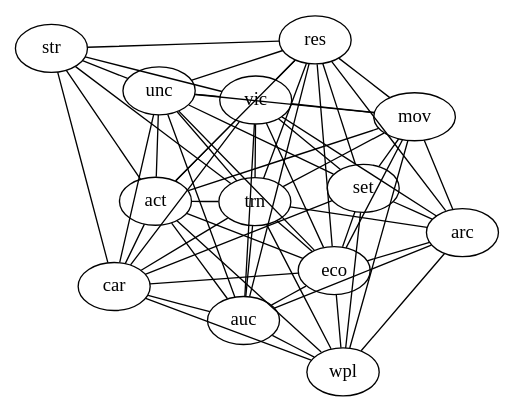
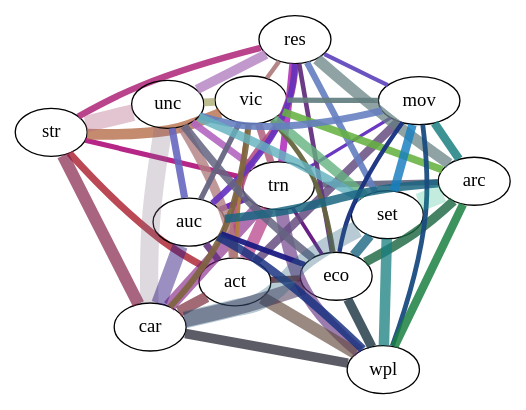
The diagram in chapg.dot (mnagaku/digraj202103), drawn with Graphviz before and after one commit. The commit also changed 5 other files, not shown here.

```diff
--- a/chapg.dot
+++ b/chapg.dot
@@ -1,63 +1,185 @@
 strict graph "" {
-	graph [layout=fdp];
-	str -- trn	[weight=1];
-	str -- act	[weight=2];
-	str -- res	[weight=2];
-	str -- vic	[weight=5];
-	str -- unc	[weight=7];
-	str -- car	[weight=2];
-	trn -- act	[weight=10];
-	trn -- res	[weight=4];
-	trn -- vic	[weight=4];
-	trn -- unc	[weight=2];
-	trn -- eco	[weight=1];
-	trn -- auc	[weight=2];
-	trn -- wpl	[weight=5];
-	trn -- mov	[weight=1];
-	trn -- arc	[weight=1];
-	trn -- car	[weight=4];
-	act -- res	[weight=5];
-	act -- vic	[weight=1];
-	act -- unc	[weight=4];
-	act -- eco	[weight=3];
-	act -- auc	[weight=3];
-	act -- wpl	[weight=5];
-	act -- mov	[weight=7];
-	act -- car	[weight=3];
-	res -- vic	[weight=2];
-	res -- unc	[weight=5];
-	res -- eco	[weight=2];
-	res -- auc	[weight=3];
-	res -- mov	[weight=2];
-	res -- arc	[weight=5];
-	res -- set	[weight=1];
-	vic -- unc	[weight=3];
-	vic -- eco	[weight=2];
-	vic -- auc	[weight=2];
-	vic -- mov	[weight=3];
-	vic -- arc	[weight=2];
-	vic -- set	[weight=2];
-	vic -- car	[weight=1];
-	unc -- eco	[weight=3];
-	unc -- auc	[weight=2];
-	unc -- mov	[weight=3];
-	unc -- set	[weight=1];
-	unc -- car	[weight=5];
-	eco -- auc	[weight=2];
-	eco -- wpl	[weight=3];
-	eco -- mov	[weight=2];
-	eco -- arc	[weight=3];
-	eco -- set	[weight=2];
-	eco -- car	[weight=6];
-	auc -- wpl	[weight=2];
-	auc -- arc	[weight=2];
-	auc -- car	[weight=5];
-	wpl -- mov	[weight=1];
-	wpl -- arc	[weight=1];
-	wpl -- set	[weight=1];
-	wpl -- car	[weight=1];
-	mov -- arc	[weight=3];
-	mov -- set	[weight=2];
-	arc -- set	[weight=3];
-	set -- car	[weight=2];
+	graph [layout=fdp,
+		splines=True
+	];
+	str -- trn	[color="#b21980f0",
+		penwidth=3.8348249442368525,
+		weight=0.0058823529411764705];
+	str -- act	[color="#b23240e3",
+		penwidth=5.270462766947299,
+		weight=0.011111111111111112];
+	str -- res	[color="#b23280e8",
+		penwidth=4.767312946227961,
+		weight=0.00909090909090909];
+	str -- vic	[color="#b26540c0",
+		penwidth=7.905694150420948,
+		weight=0.025];
+	str -- unc	[color="#b265805f",
+		penwidth=12.613124477737825,
+		weight=0.06363636363636363];
+	str -- car	[color="#7f1940ab",
+		penwidth=9.128709291752768,
+		weight=0.03333333333333333];
+	trn -- act	[color="#b23280ad",
+		penwidth=9.03876907577734,
+		weight=0.032679738562091505];
+	trn -- res	[color="#b232c0e4",
+		penwidth=5.1708768999501915,
+		weight=0.0106951871657754];
+	trn -- vic	[color="#b26580e1",
+		penwidth=5.423261445466404,
+		weight=0.011764705882352941];
+	trn -- unc	[color="#b265c0e4",
+		penwidth=5.1708768999501915,
+		weight=0.0106951871657754];
+	trn -- eco	[color="#651980f7",
+		penwidth=2.782074420373286,
+		weight=0.0030959752321981426];
+	trn -- auc	[color="#6519c0ec",
+		penwidth=4.287464628562721,
+		weight=0.007352941176470588];
+	trn -- wpl	[color="#653280a3",
+		penwidth=9.58706236059213,
+		weight=0.03676470588235294];
+	trn -- mov	[color="#6532c0f8",
+		penwidth=2.4753688574416857,
+		weight=0.0024509803921568627];
+	trn -- arc	[color="#656580ec",
+		penwidth=4.287464628562721,
+		weight=0.007352941176470588];
+	trn -- car	[color="#7f19809c",
+		penwidth=9.901475429766743,
+		weight=0.0392156862745098];
+	act -- res	[color="#b24c80df",
+		penwidth=5.618332187193683,
+		weight=0.012626262626262626];
+	act -- vic	[color="#b27f40f8",
+		penwidth=2.6352313834736494,
+		weight=0.002777777777777778];
+	act -- unc	[color="#b27f80cc",
+		penwidth=7.106690545187015,
+		weight=0.020202020202020204];
+	act -- eco	[color="#653240e9",
+		penwidth=4.68292905790847,
+		weight=0.008771929824561403];
+	act -- auc	[color="#653280e4",
+		penwidth=5.103103630798287,
+		weight=0.010416666666666666];
+	act -- wpl	[color="#654c40a8",
+		penwidth=9.316949906249123,
+		weight=0.034722222222222224];
+	act -- mov	[color="#654c80d6",
+		penwidth=6.364688465216445,
+		weight=0.016203703703703703];
+	act -- car	[color="#7f3240b9",
+		penwidth=8.333333333333332,
+		weight=0.027777777777777776];
+	res -- vic	[color="#b27f80f3",
+		penwidth=3.3709993123162105,
+		weight=0.004545454545454545];
+	res -- unc	[color="#b27fc0cb",
+		penwidth=7.1869946822008615,
+		weight=0.02066115702479339];
+	res -- eco	[color="#653280f3",
+		penwidth=3.4585723193303735,
+		weight=0.004784688995215311];
+	res -- auc	[color="#6532c0e9",
+		penwidth=4.615930911724978,
+		weight=0.008522727272727272];
+	res -- mov	[color="#654cc0f5",
+		penwidth=3.0772872744833184,
+		weight=0.003787878787878788];
+	res -- arc	[color="#657f80b7",
+		penwidth=8.427498280790525,
+		weight=0.028409090909090908];
+	res -- set	[color="#657fc0e8",
+		penwidth=4.767312946227961,
+		weight=0.00909090909090909];
+	vic -- unc	[color="#b2b280dc",
+		penwidth=5.8387420812114215,
+		weight=0.013636363636363636];
+	vic -- eco	[color="#656540f1",
+		penwidth=3.6273812505500582,
+		weight=0.005263157894736842];
+	vic -- auc	[color="#656580ef",
+		penwidth=3.952847075210474,
+		weight=0.00625];
+	vic -- mov	[color="#657f80ef",
+		penwidth=3.952847075210474,
+		weight=0.00625];
+	vic -- arc	[color="#65b240df",
+		penwidth=5.5901699437494745,
+		weight=0.0125];
+	vic -- set	[color="#65b280cd",
+		penwidth=7.0710678118654755,
+		weight=0.02];
+	vic -- car	[color="#7f6540ea",
+		penwidth=4.564354645876384,
+		weight=0.008333333333333333];
+	unc -- eco	[color="#656580db",
+		penwidth=5.990422978731538,
+		weight=0.014354066985645933];
+	unc -- auc	[color="#6565c0e2",
+		penwidth=5.330017908890261,
+		weight=0.011363636363636364];
+	unc -- mov	[color="#657fc0e2",
+		penwidth=5.330017908890261,
+		weight=0.011363636363636364];
+	unc -- set	[color="#65b2c0d1",
+		penwidth=6.741998624632421,
+		weight=0.01818181818181818];
+	unc -- car	[color="#7f658041",
+		penwidth=13.762047064079507,
+		weight=0.07575757575757576];
+	eco -- auc	[color="#191980ee",
+		penwidth=4.055535528269064,
+		weight=0.006578947368421052];
+	eco -- wpl	[color="#193240cd",
+		penwidth=7.024393586862704,
+		weight=0.019736842105263157];
+	eco -- mov	[color="#193280f4",
+		penwidth=3.3113308926626095,
+		weight=0.0043859649122807015];
+	eco -- arc	[color="#196540cd",
+		penwidth=7.024393586862704,
+		weight=0.019736842105263157];
+	eco -- set	[color="#196580ca",
+		penwidth=7.2547625011001164,
+		weight=0.021052631578947368];
+	eco -- car	[color="#3219407b",
+		penwidth=11.470786693528089,
+		weight=0.05263157894736842];
+	auc -- wpl	[color="#193280d7",
+		penwidth=6.25,
+		weight=0.015625];
+	auc -- arc	[color="#196580d7",
+		penwidth=6.25,
+		weight=0.015625];
+	auc -- car	[color="#3219807c",
+		penwidth=11.41088661469096,
+		weight=0.052083333333333336];
+	wpl -- mov	[color="#194c80f1",
+		penwidth=3.608439182435161,
+		weight=0.005208333333333333];
+	wpl -- arc	[color="#197f40d7",
+		penwidth=6.25,
+		weight=0.015625];
+	wpl -- set	[color="#197f80c0",
+		penwidth=7.905694150420948,
+		weight=0.025];
+	wpl -- car	[color="#323240ca",
+		penwidth=7.216878364870322,
+		weight=0.020833333333333332];
+	mov -- arc	[color="#197f80d7",
+		penwidth=6.25,
+		weight=0.015625];
+	mov -- set	[color="#197fc0d5",
+		penwidth=6.454972243679028,
+		weight=0.016666666666666666];
+	arc -- set	[color="#19b28043",
+		penwidth=13.693063937629152,
+		weight=0.075];
+	set -- car	[color="#32658058",
+		penwidth=12.909944487358056,
+		weight=0.06666666666666667];
 }
```
